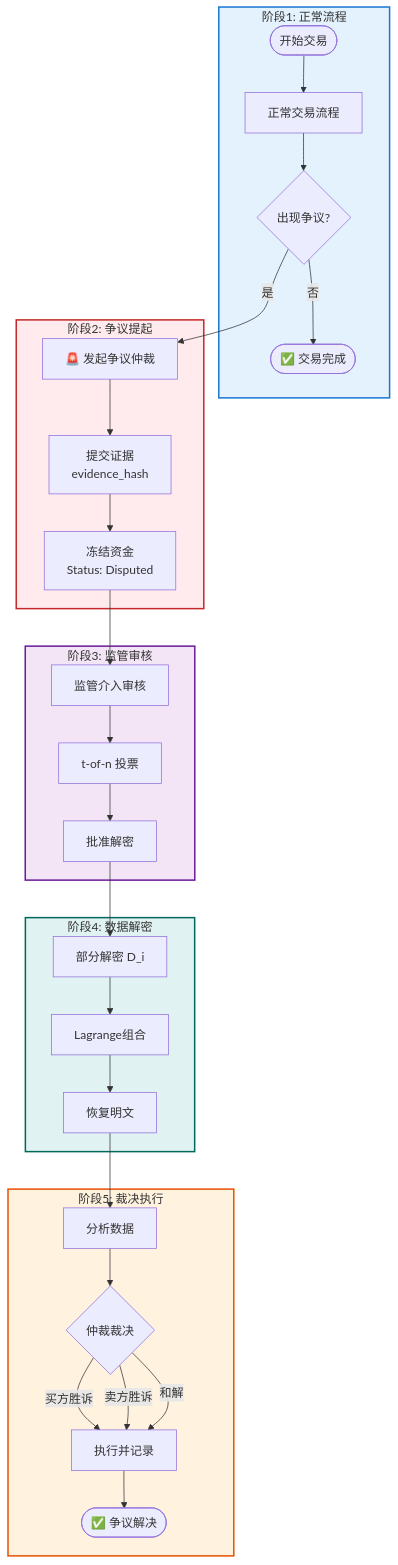
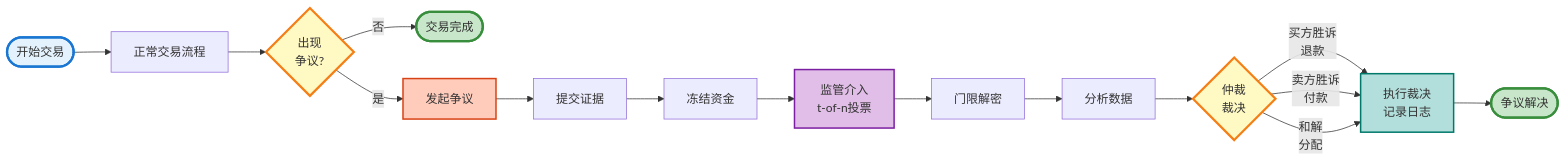
The diagram in all/未命名-4.md (ystAlex/iodraw-files), drawn with Mermaid before and after one commit.

Commit message:
2025-12-10 04:00:38 update

````diff
--- a/all/未命名-4.md
+++ b/all/未命名-4.md
@@ -1,57 +1,38 @@
 ```mermaid
-flowchart TD
-    subgraph Phase1[" 阶段1: 正常流程 "]
-        Start([开始交易]) --> Normal[正常交易流程]
-        Normal --> Decision{出现争议?}
-        Decision -->|否| Complete([✅ 交易完成])
-    end
+flowchart LR
+    Start([开始交易])
+    Normal[正常交易流程]
+    Decision{出现<br/>争议?}
+    Complete([交易完成])
     
-    subgraph Phase2[" 阶段2: 争议提起 "]
-        Dispute[🚨 发起争议仲裁]
-        Evidence[提交证据<br/>evidence_hash]
-        Freeze[冻结资金<br/>Status: Disputed]
-        
-        Dispute --> Evidence --> Freeze
-    end
+    Dispute[发起争议]
+    Evidence[提交证据]
+    Freeze[冻结资金]
+    Regulator[监管介入<br/>t-of-n投票]
+    Decrypt[门限解密]
+    Analyze[分析数据]
+    Ruling{仲裁<br/>裁决}
+    Execute[执行裁决<br/>记录日志]
+    Resolved([争议解决])
     
-    subgraph Phase3[" 阶段3: 监管审核 "]
-        Regulator[监管介入审核]
-        Vote[t-of-n 投票]
-        Approve[批准解密]
-        
-        Regulator --> Vote --> Approve
-    end
+    Start --> Normal --> Decision
+    Decision -->|否| Complete
+    Decision -->|是| Dispute --> Evidence --> Freeze
+    Freeze --> Regulator --> Decrypt --> Analyze --> Ruling
     
-    subgraph Phase4[" 阶段4: 数据解密 "]
-        Decrypt1[部分解密 D_i]
-        Decrypt2[Lagrange组合]
-        Decrypt3[恢复明文]
-        
-        Decrypt1 --> Decrypt2 --> Decrypt3
-    end
+    Ruling -->|买方胜诉<br/>退款| Execute
+    Ruling -->|卖方胜诉<br/>付款| Execute
+    Ruling -->|和解<br/>分配| Execute
     
-    subgraph Phase5[" 阶段5: 裁决执行 "]
-        Analyze[分析数据]
-        Ruling{仲裁裁决}
-        Execute[执行并记录]
-        Resolved([✅ 争议解决])
-        
-        Analyze --> Ruling
-        Ruling -->|买方胜诉| Execute
-        Ruling -->|卖方胜诉| Execute
-        Ruling -->|和解| Execute
-        Execute --> Resolved
-    end
+    Execute --> Resolved
     
-    Decision -->|是| Dispute
-    Freeze --> Regulator
-    Approve --> Decrypt1
-    Decrypt3 --> Analyze
-    
-    style Phase1 fill:#e3f2fd,stroke:#1976d2,stroke-width:2px
-    style Phase2 fill:#ffebee,stroke:#c62828,stroke-width:2px
-    style Phase3 fill:#f3e5f5,stroke:#6a1b9a,stroke-width:2px
-    style Phase4 fill:#e0f2f1,stroke:#00695c,stroke-width:2px
-    style Phase5 fill:#fff3e0,stroke:#e65100,stroke-width:2px
+    style Start fill:#e3f2fd,stroke:#1976d2,stroke-width:3px
+    style Complete fill:#c8e6c9,stroke:#388e3c,stroke-width:3px
+    style Decision fill:#fff9c4,stroke:#f57f17,stroke-width:3px
+    style Dispute fill:#ffccbc,stroke:#d84315,stroke-width:2px
+    style Regulator fill:#e1bee7,stroke:#7b1fa2,stroke-width:2px
+    style Ruling fill:#fff9c4,stroke:#f57f17,stroke-width:3px
+    style Execute fill:#b2dfdb,stroke:#00796b,stroke-width:2px
+    style Resolved fill:#c8e6c9,stroke:#388e3c,stroke-width:3px
 
 ```
````
